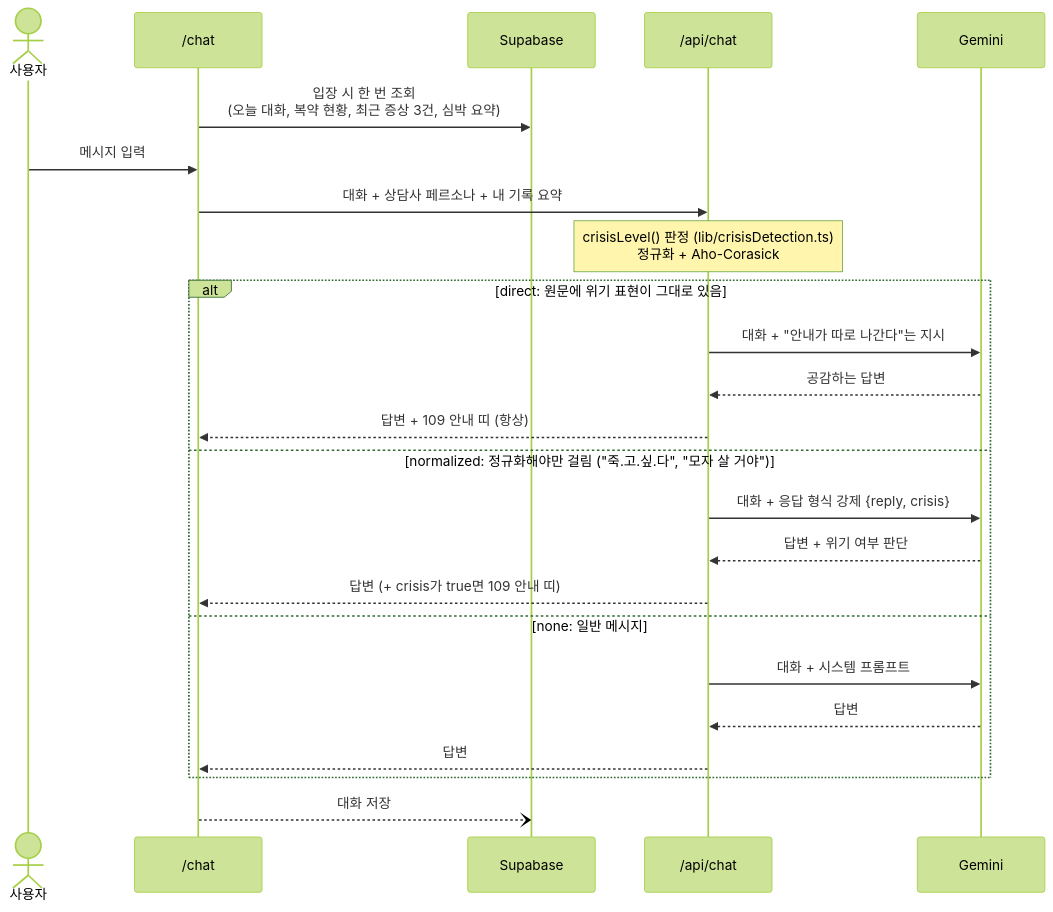
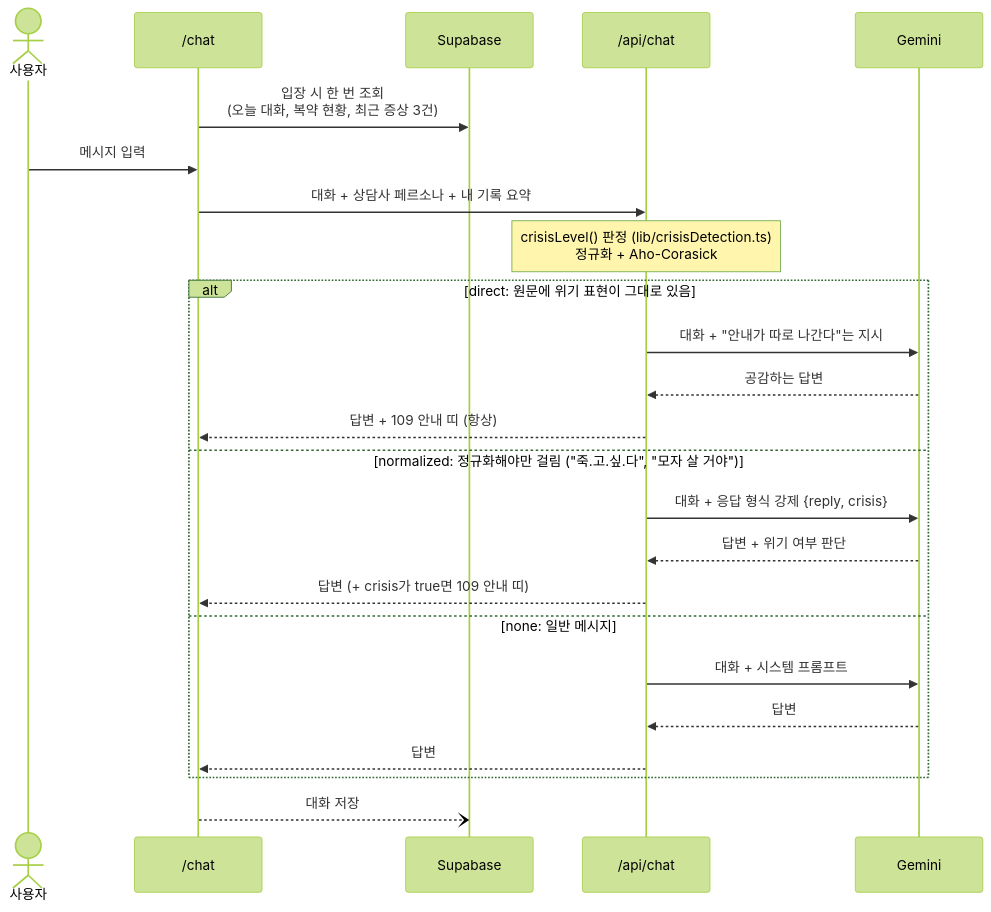
Before and after one commit to hoi256678-cpu/ai-chat: the third of 5 diagrams in README.md, drawn with Mermaid (forest theme). The commit also changed other lines of this file, not shown here.

````diff
--- a/README.md
+++ b/README.md
@@ -140,27 +131,27 @@
 ```mermaid
 sequenceDiagram
     actor U as 사용자
     participant C as /chat
     participant DB as Supabase
     participant A as /api/chat
     participant G as Gemini
 
-    C->>DB: 입장 시 한 번 조회<br/>(오늘 대화, 복약 현황, 최근 증상 3건, 심박 요약)
+    C->>DB: 입장 시 한 번 조회<br/>(오늘 대화, 복약 현황, 최근 증상 3건)
     U->>C: 메시지 입력
     C->>A: 대화 + 상담사 페르소나 + 내 기록 요약
     Note over A: crisisLevel() 판정 (lib/crisisDetection.ts)<br/>정규화 + Aho-Corasick
     alt direct: 원문에 위기 표현이 그대로 있음
         A->>G: 대화 + "안내가 따로 나간다"는 지시
         G-->>A: 공감하는 답변
         A-->>C: 답변 + 109 안내 띠 (항상)
     else normalized: 정규화해야만 걸림 ("죽.고.싶.다", "모자 살 거야")
         A->>G: 대화 + 응답 형식 강제 {reply, crisis}
         G-->>A: 답변 + 위기 여부 판단
         A-->>C: 답변 (+ crisis가 true면 109 안내 띠)
     else none: 일반 메시지
         A->>G: 대화 + 시스템 프롬프트
         G-->>A: 답변
         A-->>C: 답변
     end
     C--)DB: 대화 저장
 ```
````
